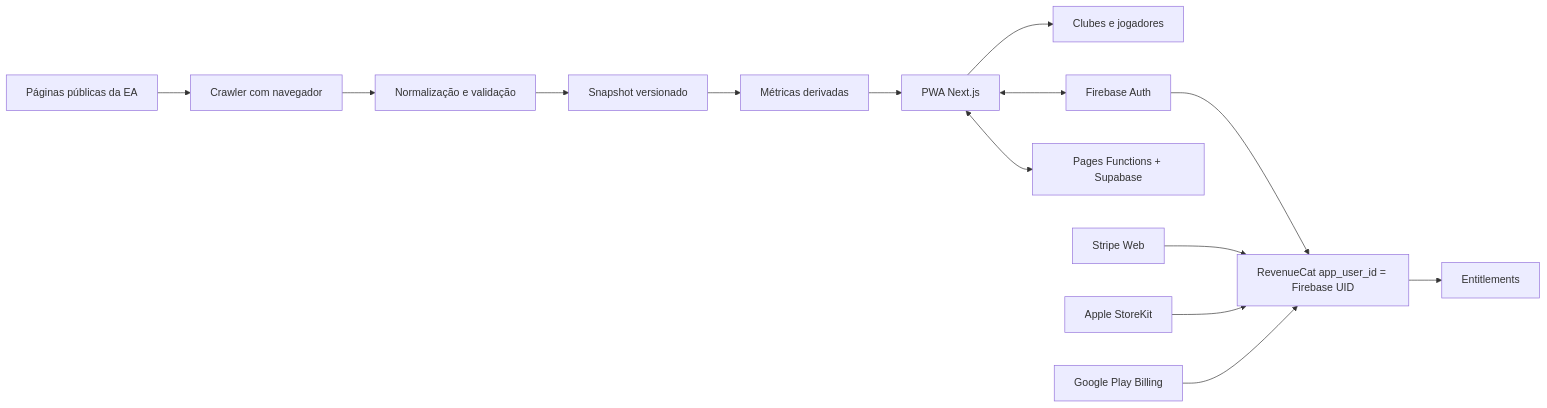
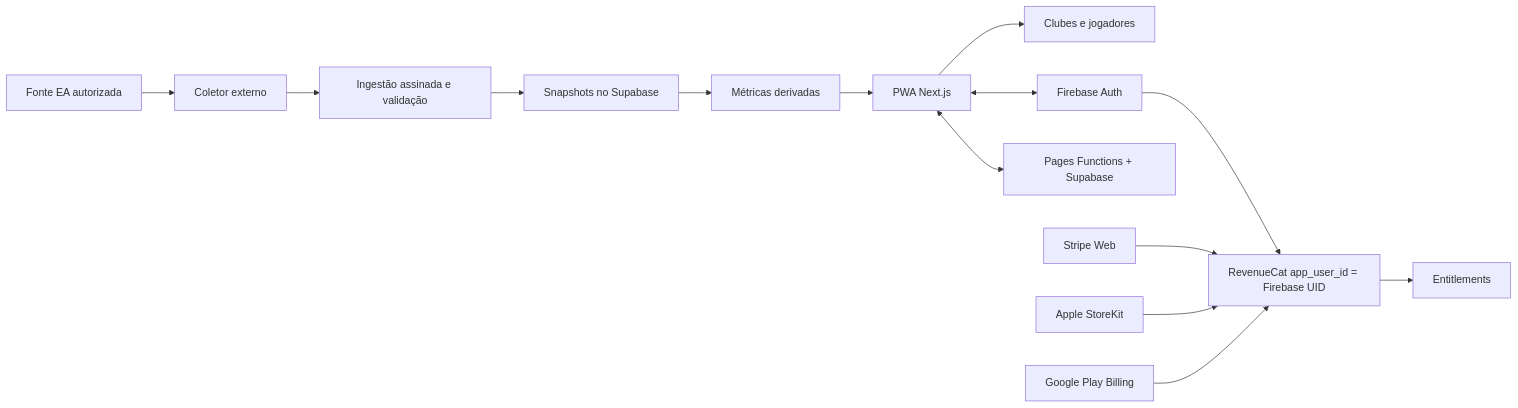
The diagram in docs/ARCHITECTURE.md (cspgabriel/pro-clubs-america), drawn with Mermaid before and after one commit. The commit also changed other lines of this file and 19 other files, not shown here.

````diff
--- a/docs/ARCHITECTURE.md
+++ b/docs/ARCHITECTURE.md
@@ -5,16 +5,16 @@
 ```mermaid
 flowchart LR
-    EA["Páginas públicas da EA"] --> C["Crawler com navegador"]
-    C --> N["Normalização e validação"]
-    N --> S["Snapshot versionado"]
+    EA["Fonte EA autorizada"] --> C["Coletor externo"]
+    C --> N["Ingestão assinada e validação"]
+    N --> S["Snapshots no Supabase"]
     S --> M["Métricas derivadas"]
     M --> P["PWA Next.js"]
     P --> U["Clubes e jogadores"]
     P <--> F["Firebase Auth"]
     P <--> D["Pages Functions + Supabase"]
     F --> R["RevenueCat app_user_id = Firebase UID"]
     R --> E["Entitlements"]
     W["Stripe Web"] --> R
     A["Apple StoreKit"] --> R
     G["Google Play Billing"] --> R
 ```
````
